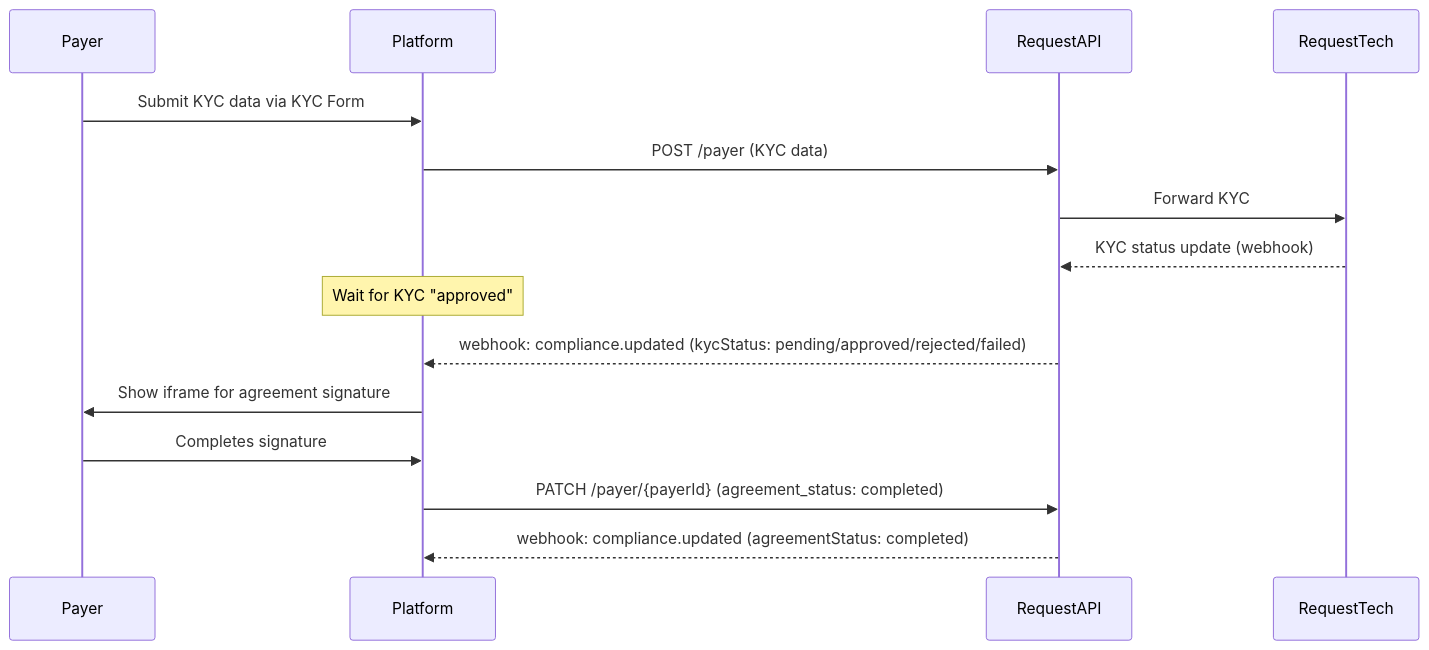
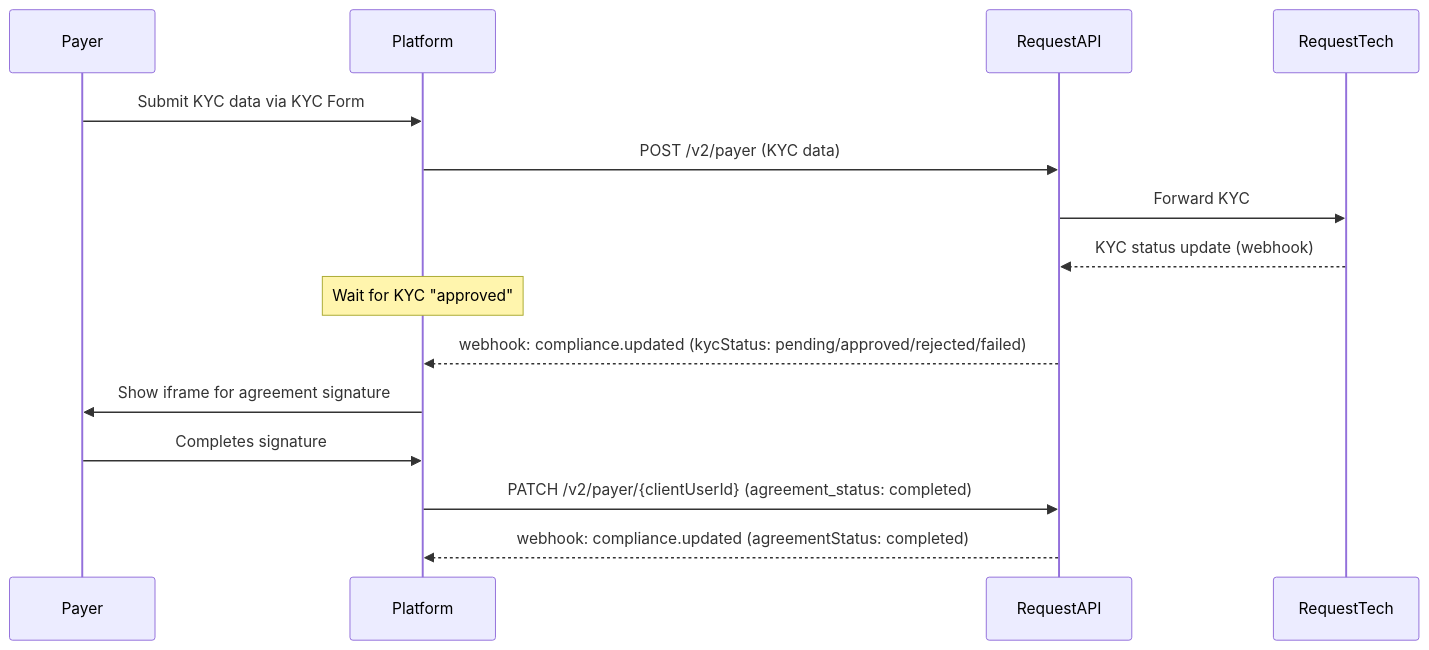
One commit to RequestNetwork/mintlify-docs changed the first of 3 diagrams in api-features/crypto-to-fiat-payments.mdx. Above: the diagram before and after it, drawn with Mermaid. The commit also changed other lines of this file and 22 other files, not shown here.

````diff
--- a/api-features/crypto-to-fiat-payments.mdx
+++ b/api-features/crypto-to-fiat-payments.mdx
@@ -99,18 +99,18 @@
 ```mermaid
 sequenceDiagram
 participant Payer
 participant Platform
 participant RequestAPI
 participant RequestTech
 
 Payer->>Platform: Submit KYC data via KYC Form
-Platform->>RequestAPI: POST /payer (KYC data)
+Platform->>RequestAPI: POST /v2/payer (KYC data)
 RequestAPI->>RequestTech: Forward KYC
 RequestTech-->>RequestAPI: KYC status update (webhook)
 Note over Platform: Wait for KYC "approved"
 RequestAPI-->>Platform: webhook: compliance.updated (kycStatus: pending/approved/rejected/failed)
 Platform->>Payer: Show iframe for agreement signature
 Payer->>Platform: Completes signature
-Platform->>RequestAPI: PATCH /payer/{payerId} (agreement_status: completed)
+Platform->>RequestAPI: PATCH /v2/payer/{clientUserId} (agreement_status: completed)
 RequestAPI-->>Platform: webhook: compliance.updated (agreementStatus: completed)
 ```
````
